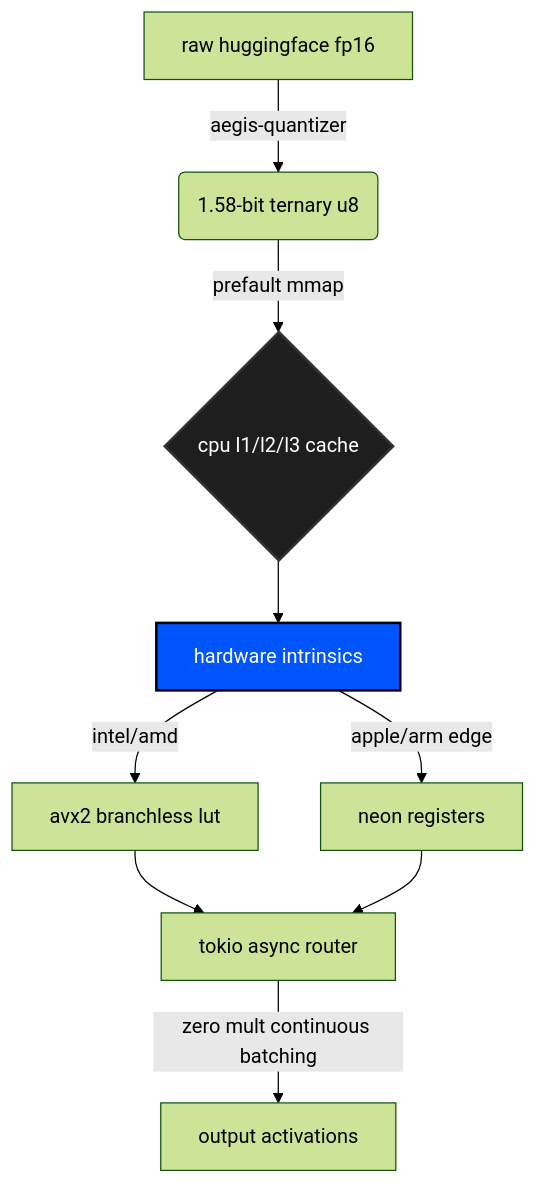
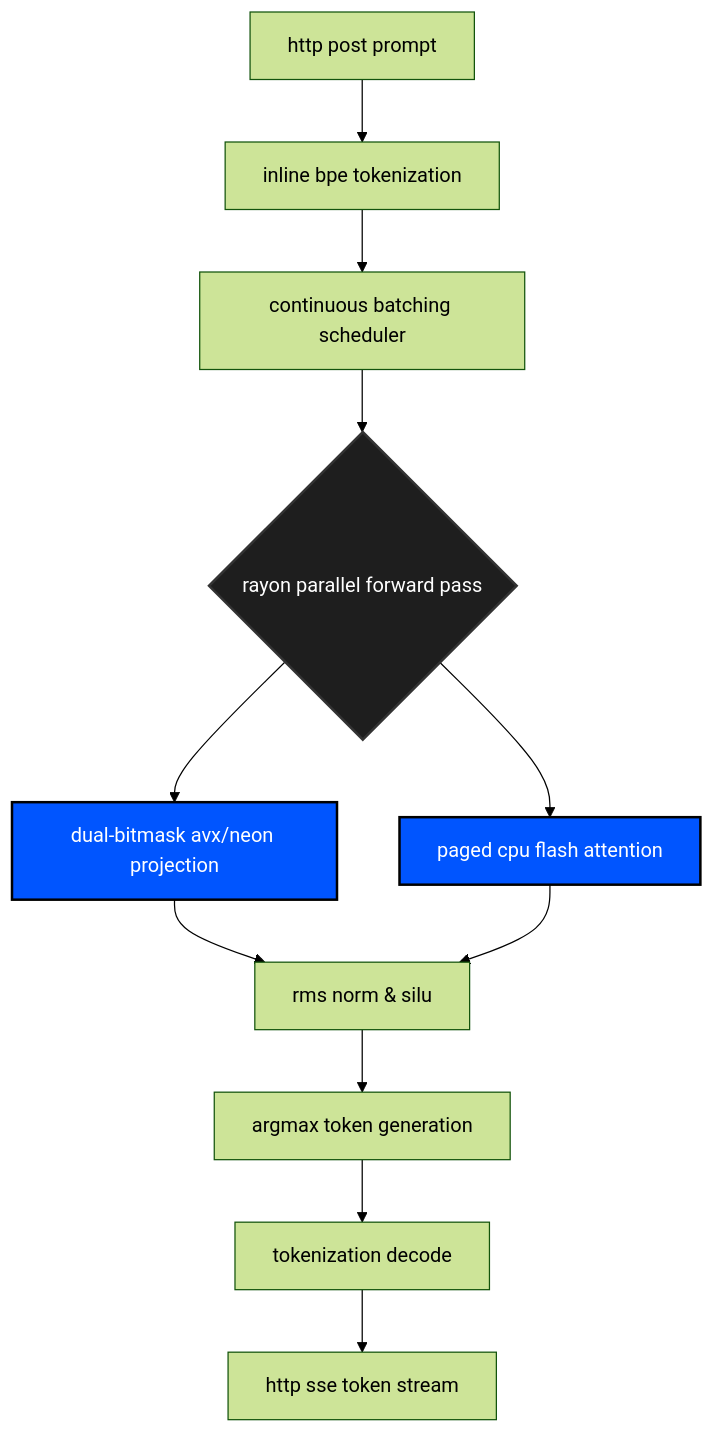
The diagram in README.md (wheelerninja67/aegis-inference), drawn with Mermaid (forest theme) before and after one commit. The commit also changed other lines of this file and 26 other files, not shown here.

Commit message:
Fix LLaMA pre-normalization architecture, add token prefill phase, load RMSNorm weights

````diff
--- a/README.md
+++ b/README.md
@@ -23,14 +25,20 @@
 ```mermaid
 graph TD;
-    A[raw huggingface fp16] -->|aegis-quantizer| B(1.58-bit ternary u8);
-    B -->|prefault mmap| C{cpu l1/l2/l3 cache};
-    C --> D[hardware intrinsics];
-    D -->|intel/amd| E[avx2 branchless lut];
-    D -->|apple/arm edge| F[neon registers];
-    E --> G[tokio async router];
+    A[http post prompt] --> B[inline bpe tokenization];
+    B --> C[continuous batching scheduler];
+    C --> D{rayon parallel forward pass};
+    
+    D --> E[dual-bitmask avx/neon projection];
+    D --> F[paged cpu flash attention];
+    
+    E --> G[rms norm & silu];
     F --> G;
-    G -->|zero mult continuous batching| H[output activations];
     
-    style C fill:#1e1e1e,stroke:#333,stroke-width:2px,color:#fff
-    style D fill:#0055ff,stroke:#000,stroke-width:2px,color:#fff
+    G --> H[argmax token generation];
+    H --> I[tokenization decode];
+    I --> J[http sse token stream];
+    
+    style D fill:#1e1e1e,stroke:#333,stroke-width:2px,color:#fff
+    style E fill:#0055ff,stroke:#000,stroke-width:2px,color:#fff
+    style F fill:#0055ff,stroke:#000,stroke-width:2px,color:#fff
 ```
````
